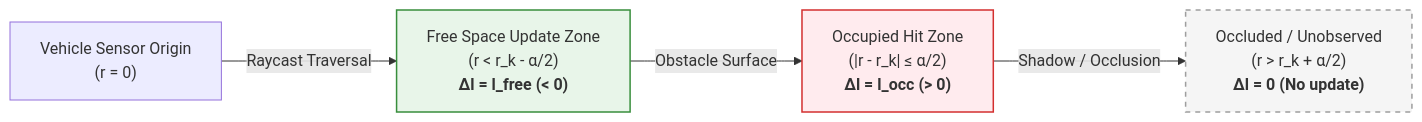
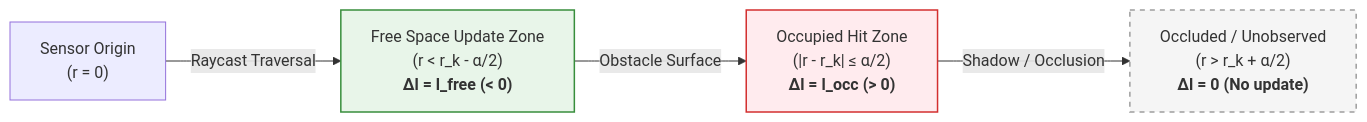
Before and after one commit to yasuomaidana/Self-Driving-Cars: the first of 3 diagrams in Motion Planning for Self-Driving Cars/planning_p2/week_01/session_02_environmental_mapping_and_occupancy_grids/theory/04_lidar_inverse_sensor_model.md, drawn with Mermaid. The commit also changed other lines of this file, not shown here.

Commit message:
feat(documentation): update LiDAR inverse sensor model details

````diff
--- a/Motion Planning for Self-Driving Cars/planning_p2/week_01/session_02_environmental_mapping_and_occupancy_grids/theory/04_lidar_inverse_sensor_model.md
+++ b/Motion Planning for Self-Driving Cars/planning_p2/week_01/session_02_environmental_mapping_and_occupancy_grids/theory/04_lidar_inverse_sensor_model.md
@@ -12,13 +15,13 @@
 ```mermaid
 flowchart LR
-    Pose["Vehicle Sensor Origin<br/>(r = 0)"] -->|Raycast Traversal| Free["Free Space Update Zone<br/>(r < r_k - α/2)<br/><b>Δl = l_free (< 0)</b>"]
+    Pose["Sensor Origin<br/>(r = 0)"] -->|Raycast Traversal| Free["Free Space Update Zone<br/>(r < r_k - α/2)<br/><b>Δl = l_free (< 0)</b>"]
     Free -->|Obstacle Surface| Occ["Occupied Hit Zone<br/>(|r - r_k| ≤ α/2)<br/><b>Δl = l_occ (> 0)</b>"]
     Occ -->|Shadow / Occlusion| Occluded["Occluded / Unobserved<br/>(r > r_k + α/2)<br/><b>Δl = 0 (No update)</b>"]
     
     classDef free fill:#e8f5e9,stroke:#388e3c,stroke-width:1.5px;
     classDef occ fill:#ffebee,stroke:#d32f2f,stroke-width:1.5px;
     classDef occl fill:#f5f5f5,stroke:#9e9e9e,stroke-width:1.5px,stroke-dasharray: 5 5;
     class Free free;
     class Occ occ;
     class Occluded occl;
 ```
````
